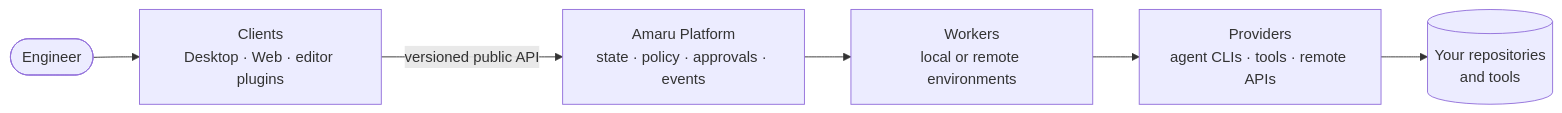
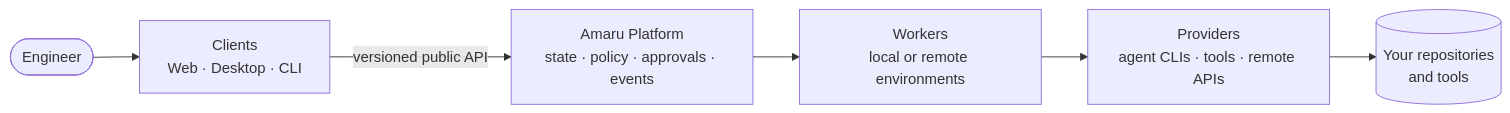
The diagram in README.md (rluders/amaru), drawn with Mermaid before and after one commit. The commit also changed other lines of this file and 68 other files, not shown here.

````diff
--- a/README.md
+++ b/README.md
@@ -39,8 +43,8 @@
 ```mermaid
 flowchart LR
-    eng([Engineer]) --> clients[Clients<br/>Desktop · Web · editor plugins]
+    eng([Engineer]) --> clients[Clients<br/>Web · Desktop · CLI]
     clients -->|versioned public API| platform[Amaru Platform<br/>state · policy · approvals · events]
     platform --> workers[Workers<br/>local or remote environments]
     workers --> providers[Providers<br/>agent CLIs · tools · remote APIs]
     providers --> project[(Your repositories<br/>and tools)]
 ```
````
